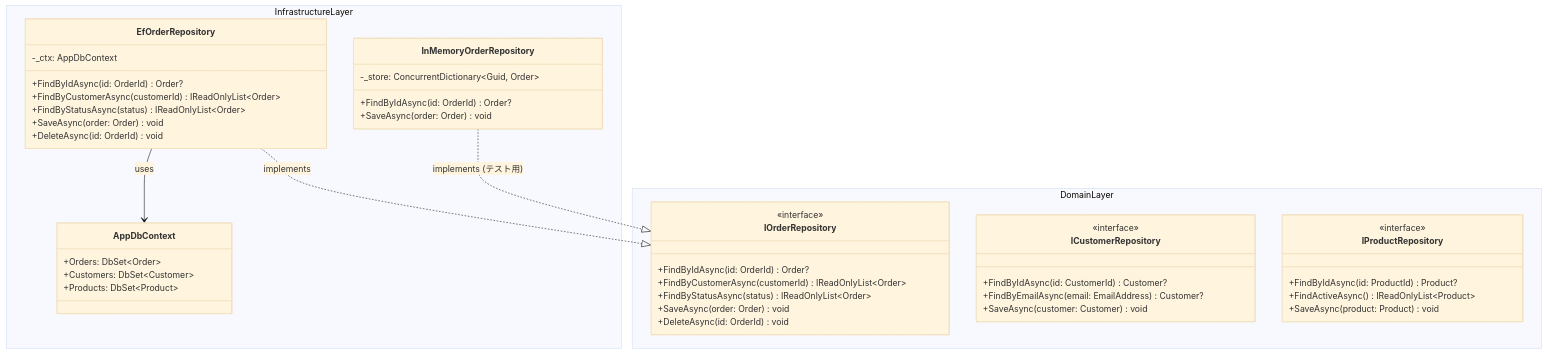
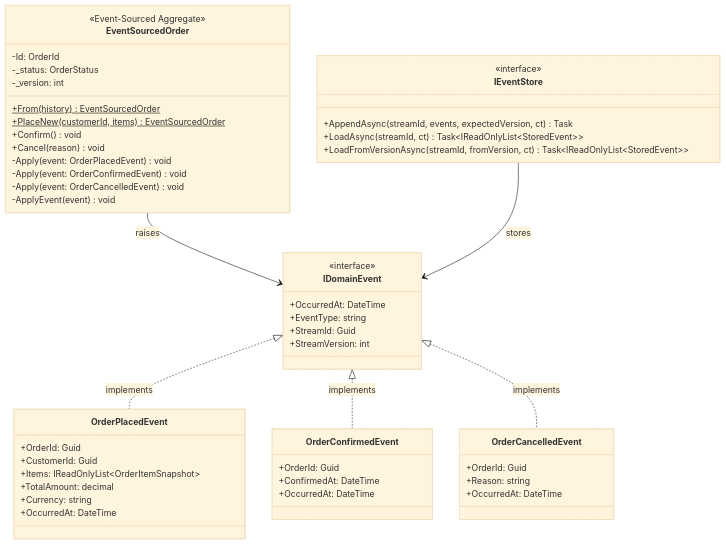
Before and after one commit to SakakitaniJunya/zenn-articles: diagram 11 of 17 in books/ddd-complete-guide/21-class-diagrams.md, drawn with Mermaid (base theme). The commit also changed other lines of this file and 26 other files, not shown here.

````diff
--- a/books/ddd-complete-guide/21-class-diagrams.md
+++ b/books/ddd-complete-guide/21-class-diagrams.md
@@ -282,50 +558,59 @@
 ```mermaid
 classDiagram
-    namespace DomainLayer {
-        class IOrderRepository {
-            <<interface>>
-            +FindByIdAsync(id: OrderId) Order?
-            +FindByCustomerAsync(customerId) IReadOnlyList~Order~
-            +FindByStatusAsync(status) IReadOnlyList~Order~
-            +SaveAsync(order: Order) void
-            +DeleteAsync(id: OrderId) void
-        }
-        class ICustomerRepository {
-            <<interface>>
-            +FindByIdAsync(id: CustomerId) Customer?
-            +FindByEmailAsync(email: EmailAddress) Customer?
-            +SaveAsync(customer: Customer) void
-        }
-        class IProductRepository {
-            <<interface>>
-            +FindByIdAsync(id: ProductId) Product?
-            +FindActiveAsync() IReadOnlyList~Product~
-            +SaveAsync(product: Product) void
-        }
+    class IDomainEvent {
+        <<interface>>
+        +OccurredAt: DateTime
+        +EventType: string
+        +StreamId: Guid
+        +StreamVersion: int
     }
 
-    namespace InfrastructureLayer {
-        class EfOrderRepository {
-            -_ctx: AppDbContext
-            +FindByIdAsync(id: OrderId) Order?
-            +FindByCustomerAsync(customerId) IReadOnlyList~Order~
-            +FindByStatusAsync(status) IReadOnlyList~Order~
-            +SaveAsync(order: Order) void
-            +DeleteAsync(id: OrderId) void
-        }
-        class InMemoryOrderRepository {
-            -_store: ConcurrentDictionary~Guid, Order~
-            +FindByIdAsync(id: OrderId) Order?
-            +SaveAsync(order: Order) void
-        }
-        class AppDbContext {
-            +Orders: DbSet~Order~
-            +Customers: DbSet~Customer~
-            +Products: DbSet~Product~
-        }
+    class OrderPlacedEvent {
+        +OrderId: Guid
+        +CustomerId: Guid
+        +Items: IReadOnlyList~OrderItemSnapshot~
+        +TotalAmount: decimal
+        +Currency: string
+        +OccurredAt: DateTime
     }
 
-    EfOrderRepository ..|> IOrderRepository : implements
-    InMemoryOrderRepository ..|> IOrderRepository : implements (テスト用)
-    EfOrderRepository --> AppDbContext : uses
+    class OrderConfirmedEvent {
+        +OrderId: Guid
+        +ConfirmedAt: DateTime
+        +OccurredAt: DateTime
+    }
+
+    class OrderCancelledEvent {
+        +OrderId: Guid
+        +Reason: string
+        +OccurredAt: DateTime
+    }
+
+    class IEventStore {
+        <<interface>>
+        +AppendAsync(streamId, events, expectedVersion, ct) Task
+        +LoadAsync(streamId, ct) Task~IReadOnlyList~StoredEvent~~
+        +LoadFromVersionAsync(streamId, fromVersion, ct) Task~IReadOnlyList~StoredEvent~~
+    }
+
+    class EventSourcedOrder {
+        <<Event-Sourced Aggregate>>
+        -Id: OrderId
+        -_status: OrderStatus
+        -_version: int
+        +From(history)$ EventSourcedOrder
+        +PlaceNew(customerId, items)$ EventSourcedOrder
+        +Confirm() void
+        +Cancel(reason) void
+        -Apply(event: OrderPlacedEvent) void
+        -Apply(event: OrderConfirmedEvent) void
+        -Apply(event: OrderCancelledEvent) void
+        -ApplyEvent(event) void
+    }
+
+    IDomainEvent <|.. OrderPlacedEvent : implements
+    IDomainEvent <|.. OrderConfirmedEvent : implements
+    IDomainEvent <|.. OrderCancelledEvent : implements
+    EventSourcedOrder --> IDomainEvent : raises
+    IEventStore --> IDomainEvent : stores
 ```
````
